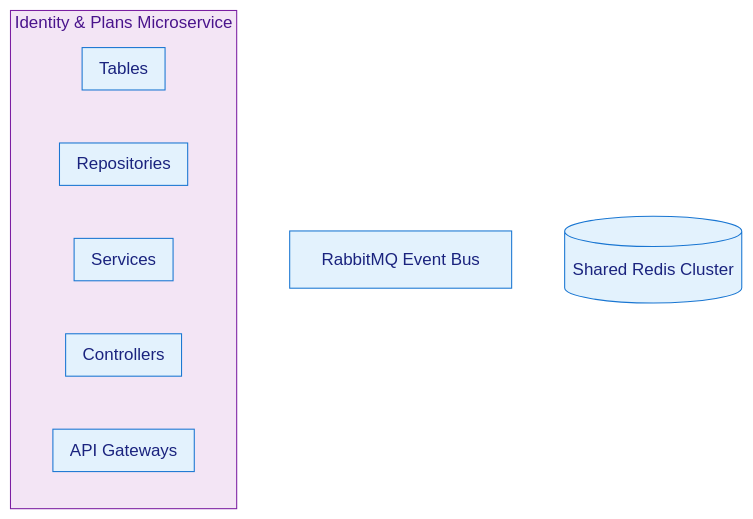
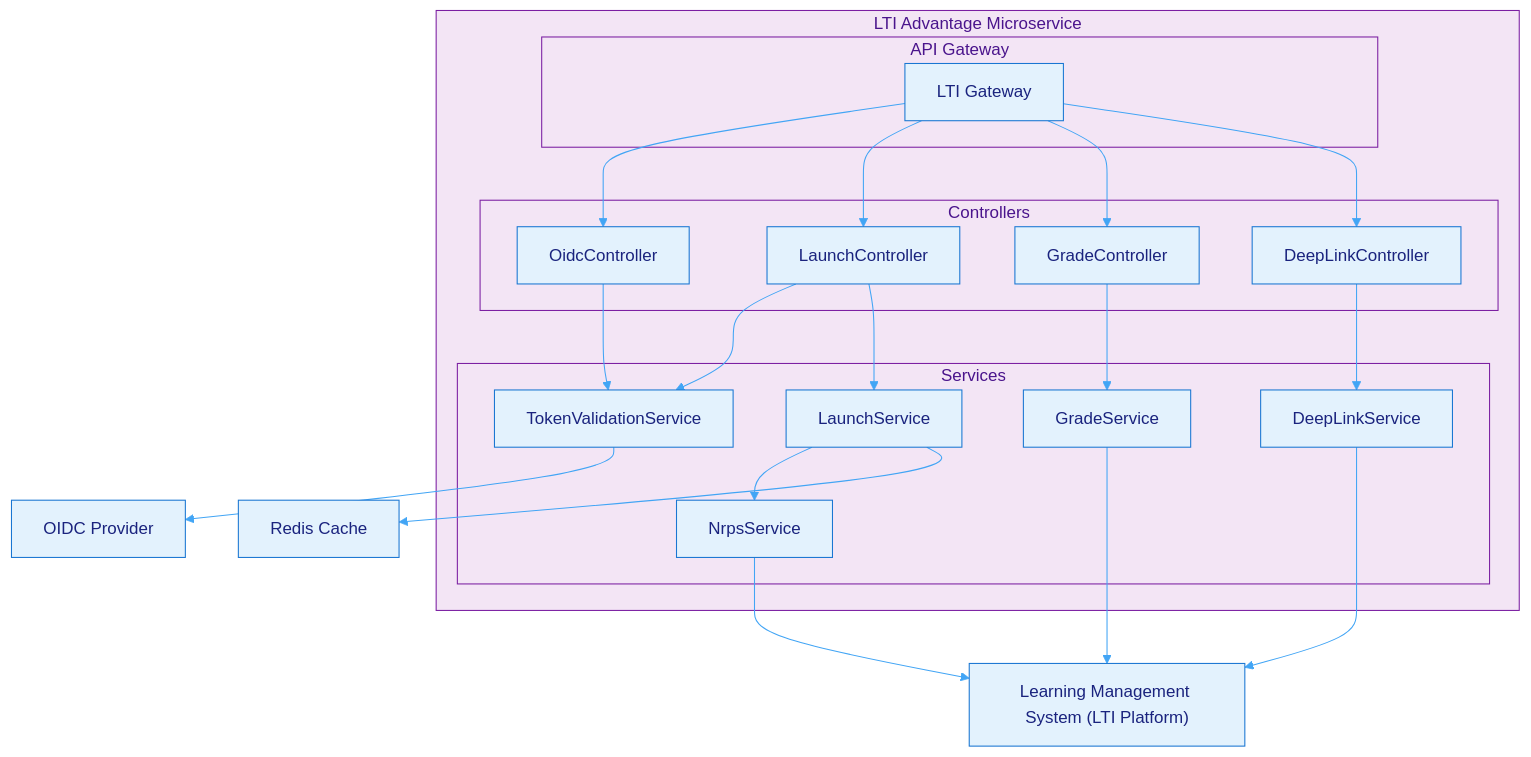
Before and after one commit to MmagdyHafezZ/pitch: the diagram in docs/architecture/MicroServices/LTI-Advantage/architecture.mmd, drawn with Mermaid. The commit also changed other lines of this file and 1 other file, not shown here.

Commit message:
docs(ci): update diagram

```diff
--- a/docs/architecture/MicroServices/LTI-Advantage/architecture.mmd
+++ b/docs/architecture/MicroServices/LTI-Advantage/architecture.mmd
@@ -1,56 +1,65 @@
 %%{init: {'theme':'base', 'themeVariables': { 
   'primaryColor':'#e3f2fd',
   'primaryTextColor':'#1a237e',
   'primaryBorderColor':'#1976d2',
   'lineColor':'#42a5f5',
   'secondaryColor':'#fff3e0',
   'secondaryTextColor':'#e65100',
   'secondaryBorderColor':'#fb8c00',
   'tertiaryColor':'#f3e5f5',
   'tertiaryTextColor':'#4a148c',
   'tertiaryBorderColor':'#7b1fa2',
   'noteBkgColor':'#fff9c4',
   'noteTextColor':'#f57f17'
 }}}%%
 flowchart TB
-    %% Identity & Plans Microservice
-    subgraph IdentityPlans["Identity & Plans Microservice"]
+    %% LTI Advantage Microservice
+    subgraph LTIAdvantage["LTI Advantage Microservice"]
         
-        subgraph API["API Gateways"]
-            
+        %% API Gateways
+        subgraph API["API Gateway"]
+            LTIGateway["LTI Gateway"]
         end
         
+        %% Controllers
         subgraph CTRL["Controllers"]
-            
+            OidcController["OidcController"]
+            LaunchController["LaunchController"]
+            GradeController["GradeController"]
+            DeepLinkController["DeepLinkController"]
         end
         
+        %% Services
         subgraph SVC["Services"]
-            
+            TokenValidationService["TokenValidationService"]
+            LaunchService["LaunchService"]
+            GradeService["GradeService"]
+            NrpsService["NrpsService"]
+            DeepLinkService["DeepLinkService"]
         end
         
-        subgraph REPO["Repositories"]
-            
-        end
-        
-        subgraph Table["Tables"]
-            
-        end
     end
     
-    %% External Event Bus
-    RabbitMQ[RabbitMQ Event Bus]
-    
-    %% Shared Cache Cluster
-    Redis[(Shared Redis Cluster)]
-    
-    %% Other Microservices
-    
+    %% External Connections
+    LMS["Learning Management System (LTI Platform)"]
+    OIDCProvider["OIDC Provider"]
+    Redis["Redis Cache"]
     
     %% Internal Flows
+    LTIGateway --> OidcController
+    LTIGateway --> LaunchController
+    LTIGateway --> GradeController
+    LTIGateway --> DeepLinkController
     
-    %% Redis Usage (namespaced keys per service)
+    OidcController --> TokenValidationService
+    LaunchController --> TokenValidationService
+    LaunchController --> LaunchService
+    GradeController --> GradeService
+    DeepLinkController --> DeepLinkService
     
-    
-    %% Event Publishing
-    
-    %% Event Consumption
+    LaunchService --> NrpsService
+    LaunchService --> Redis
+    TokenValidationService --> OIDCProvider
+    GradeService --> LMS
+    NrpsService --> LMS
+    DeepLinkService --> LMS
```
